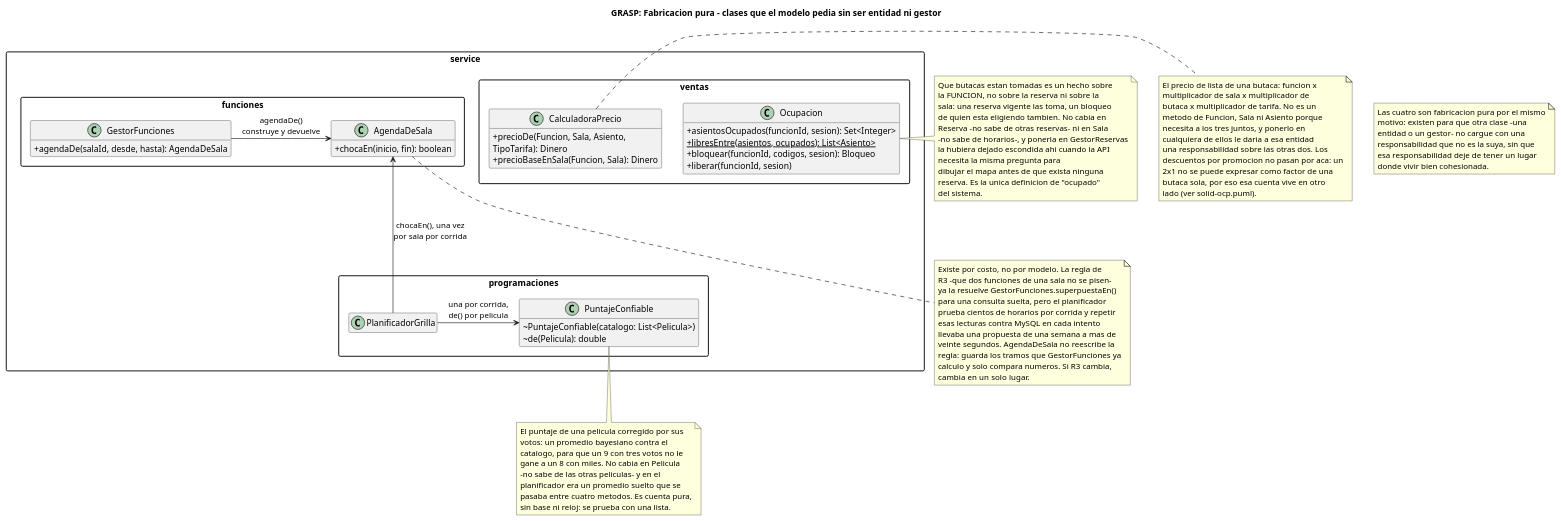
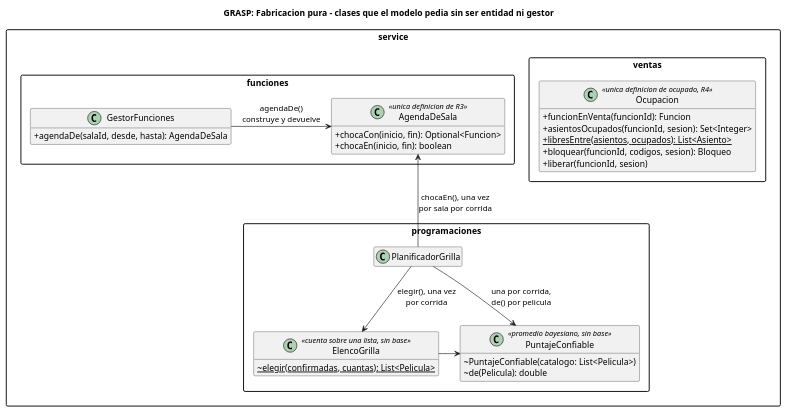
One commit to andreiveisuade/cine-uade changed the diagram in _other/docs/diagramas/grasp-pure-fabrication.puml. Above: the diagram before and after it, drawn with PlantUML. The commit also changed 38 other files, not shown here.

First line of the commit message:
docs(manual): arquitectura, patrones, reglas, errores y swing al dia, y diagramas sin notas

```diff
--- a/_other/docs/diagramas/grasp-pure-fabrication.puml
+++ b/_other/docs/diagramas/grasp-pure-fabrication.puml
@@ -1,111 +1,52 @@
 @startuml grasp-pure-fabrication
 title GRASP: Fabricacion pura - clases que el modelo pedia sin ser entidad ni gestor
 
 skinparam classAttributeIconSize 0
 skinparam packageStyle rectangle
 hide empty members
 
 ' Las cuatro no son una entidad del dominio -no representan un concepto del
 ' cine que un cliente reconozca, como Reserva o Funcion- ni son el gestor de
 ' un caso de uso -no tienen un CU-XX propio en el manual-. Existen porque
 ' asignarle esa responsabilidad a la entidad o al gestor mas cercano rompia
 ' otra cosa: alta cohesion de un lado, un segundo lugar con la misma logica
 ' del otro. Fabricacion pura es exactamente ese tercer lugar.
 
 package "service.ventas" {
-  class Ocupacion {
+  class Ocupacion <<unica definicion de ocupado, R4>> {
+    +funcionEnVenta(funcionId): Funcion
     +asientosOcupados(funcionId, sesion): Set<Integer>
     {static} +libresEntre(asientos, ocupados): List<Asiento>
     +bloquear(funcionId, codigos, sesion): Bloqueo
     +liberar(funcionId, sesion)
-  }
-  class CalculadoraPrecio {
-    +precioDe(Funcion, Sala, Asiento,\nTipoTarifa): Dinero
-    +precioBaseEnSala(Funcion, Sala): Dinero
   }
 }
 
 package "service.funciones" {
   class GestorFunciones {
     +agendaDe(salaId, desde, hasta): AgendaDeSala
   }
-  class AgendaDeSala {
+  class AgendaDeSala <<unica definicion de R3>> {
+    +chocaCon(inicio, fin): Optional<Funcion>
     +chocaEn(inicio, fin): boolean
   }
 }
 
 package "service.programaciones" {
   class PlanificadorGrilla
-  class PuntajeConfiable {
+  class ElencoGrilla <<cuenta sobre una lista, sin base>> {
+    {static} ~elegir(confirmadas, cuantas): List<Pelicula>
+  }
+  class PuntajeConfiable <<promedio bayesiano, sin base>> {
     ~PuntajeConfiable(catalogo: List<Pelicula>)
     ~de(Pelicula): double
   }
 }
 
 GestorFunciones -right-> AgendaDeSala : agendaDe()\nconstruye y devuelve
 PlanificadorGrilla -up-> AgendaDeSala : chocaEn(), una vez\npor sala por corrida
+PlanificadorGrilla -down-> ElencoGrilla : elegir(), una vez\npor corrida
 PlanificadorGrilla -right-> PuntajeConfiable : una por corrida,\nde() por pelicula
-
-note right of Ocupacion
-  Que butacas estan tomadas es un hecho sobre
-  la FUNCION, no sobre la reserva ni sobre la
-  sala: una reserva vigente las toma, un bloqueo
-  de quien esta eligiendo tambien. No cabia en
-  Reserva -no sabe de otras reservas- ni en Sala
-  -no sabe de horarios-, y ponerla en GestorReservas
-  la hubiera dejado escondida ahi cuando la API
-  necesita la misma pregunta para
-  dibujar el mapa antes de que exista ninguna
-  reserva. Es la unica definicion de "ocupado"
-  del sistema.
-end note
-
-note right of CalculadoraPrecio
-  El precio de lista de una butaca: funcion x
-  multiplicador de sala x multiplicador de
-  butaca x multiplicador de tarifa. No es un
-  metodo de Funcion, Sala ni Asiento porque
-  necesita a los tres juntos, y ponerlo en
-  cualquiera de ellos le daria a esa entidad
-  una responsabilidad sobre las otras dos. Los
-  descuentos por promocion no pasan por aca: un
-  2x1 no se puede expresar como factor de una
-  butaca sola, por eso esa cuenta vive en otro
-  lado (ver solid-ocp.puml).
-end note
-
-note bottom of AgendaDeSala
-  Existe por costo, no por modelo. La regla de
-  R3 -que dos funciones de una sala no se pisen-
-  ya la resuelve GestorFunciones.superpuestaEn()
-  para una consulta suelta, pero el planificador
-  prueba cientos de horarios por corrida y repetir
-  esas lecturas contra MySQL en cada intento
-  llevaba una propuesta de una semana a mas de
-  veinte segundos. AgendaDeSala no reescribe la
-  regla: guarda los tramos que GestorFunciones ya
-  calculo y solo compara numeros. Si R3 cambia,
-  cambia en un solo lugar.
-end note
-
-note bottom of PuntajeConfiable
-  El puntaje de una pelicula corregido por sus
-  votos: un promedio bayesiano contra el
-  catalogo, para que un 9 con tres votos no le
-  gane a un 8 con miles. No cabia en Pelicula
-  -no sabe de las otras peliculas- y en el
-  planificador era un promedio suelto que se
-  pasaba entre cuatro metodos. Es cuenta pura,
-  sin base ni reloj: se prueba con una lista.
-end note
-
-note as N1
-  Las cuatro son fabricacion pura por el mismo
-  motivo: existen para que otra clase -una
-  entidad o un gestor- no cargue con una
-  responsabilidad que no es la suya, sin que
-  esa responsabilidad deje de tener un lugar
-  donde vivir bien cohesionada.
-end note
+ElencoGrilla -right-> PuntajeConfiable
 
 @enduml
```
